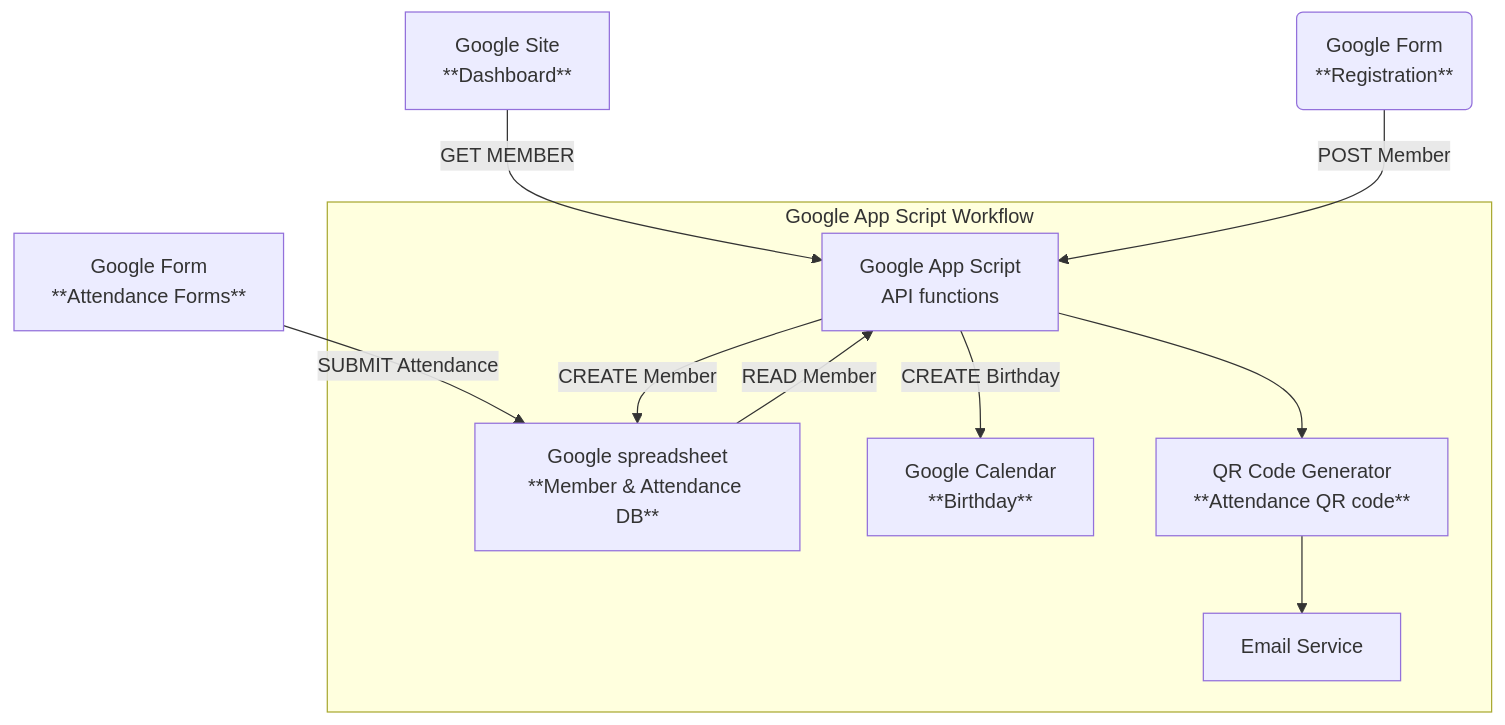
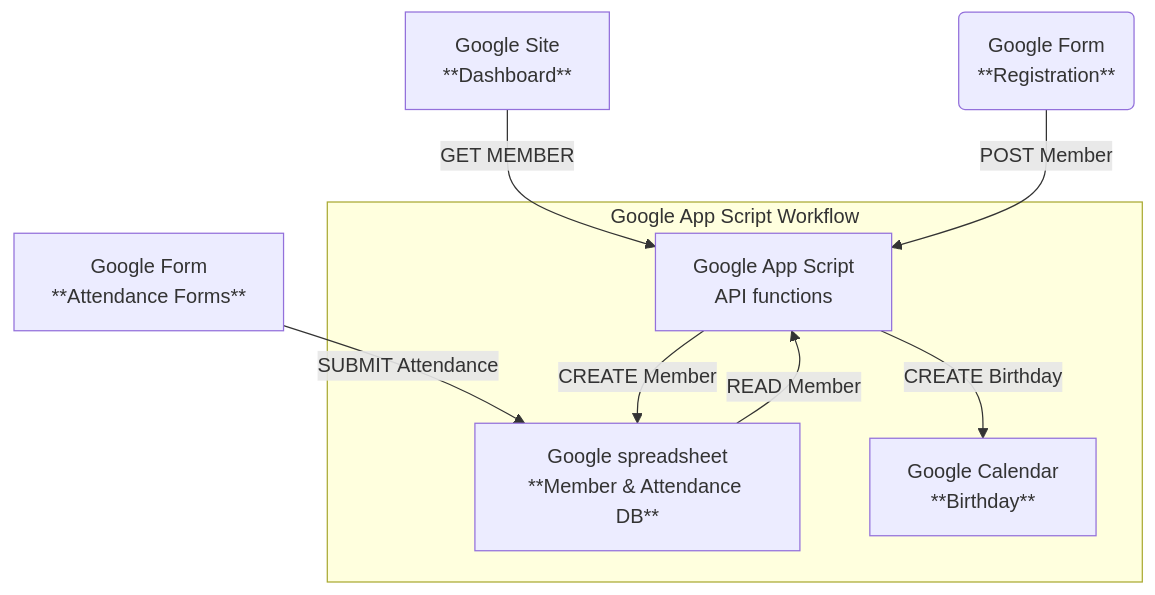
One commit to ijosh-ch/church-member-management changed the second of 7 diagrams in README.md. Above: the diagram before and after it, drawn with Mermaid. The commit also changed other lines of this file and 1 other file, not shown here.

Commit message:
Update README.md with enhanced documentation and add backup class diagram

````diff
--- a/README.md
+++ b/README.md
@@ -37,15 +128,13 @@
 ```mermaid
 graph TB
   dashboard[Google Site<br/>**Dashboard**] --> |GET MEMBER| AppScript[Google App Script<br/>API functions]
   Form(Google Form<br/>**Registration**) --> |POST Member| AppScript
   spreadsheet[Google spreadsheet<br/>**Member & Registration DB**] --> |READ Member| AppScript
   attendanceForm[Google Form<br/>**Attendance Forms**] --> |SUBMIT Attendance| spreadsheet[Google spreadsheet<br/>**Member & Attendance DB**]
   
   subgraph Google App Script Workflow
     AppScript --> |CREATE Birthday| birthday[Google Calendar<br/>**Birthday**]
-    AppScript --> QR[QR Code Generator<br/>**Attendance QR code**]
     AppScript --> |CREATE Member| spreadsheet
-    QR --> Email[Email Service]
   end
 
 ```
````
